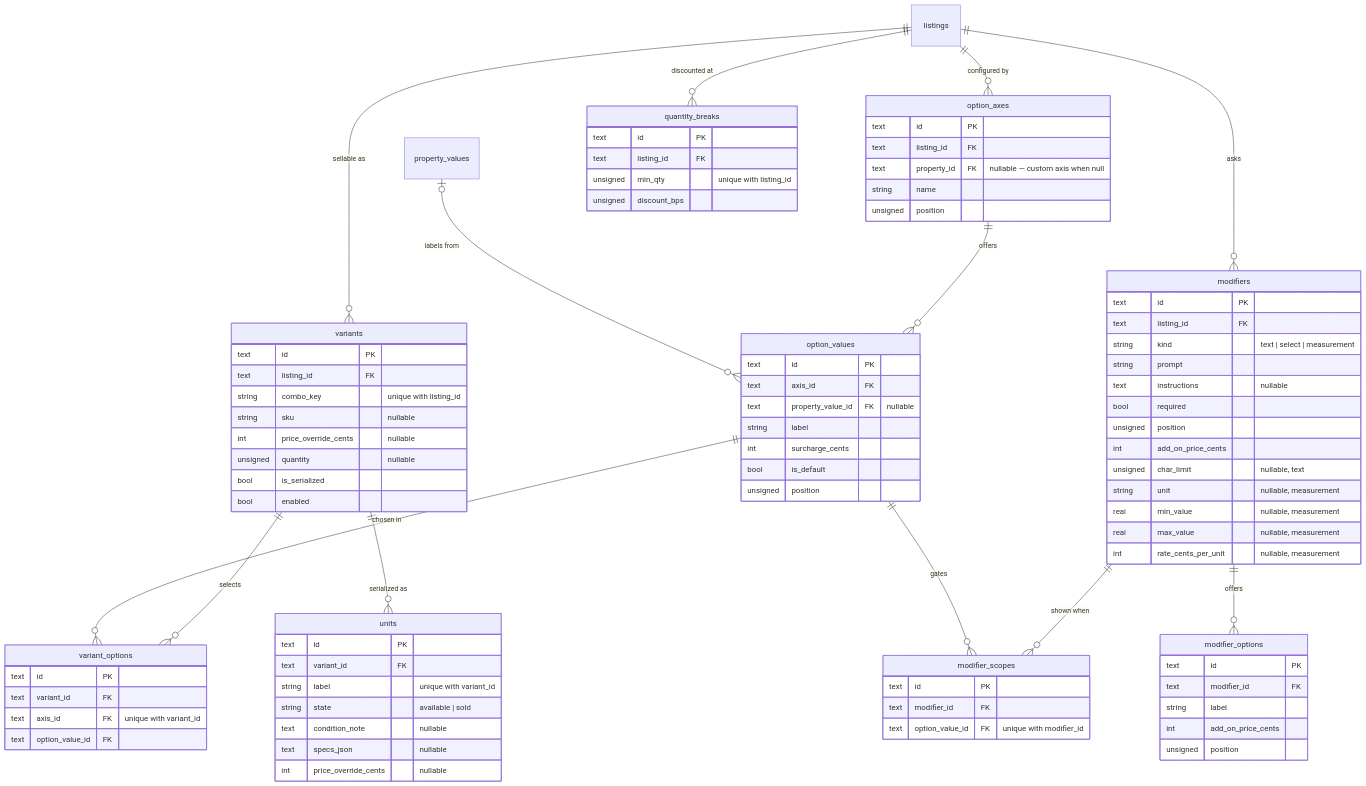
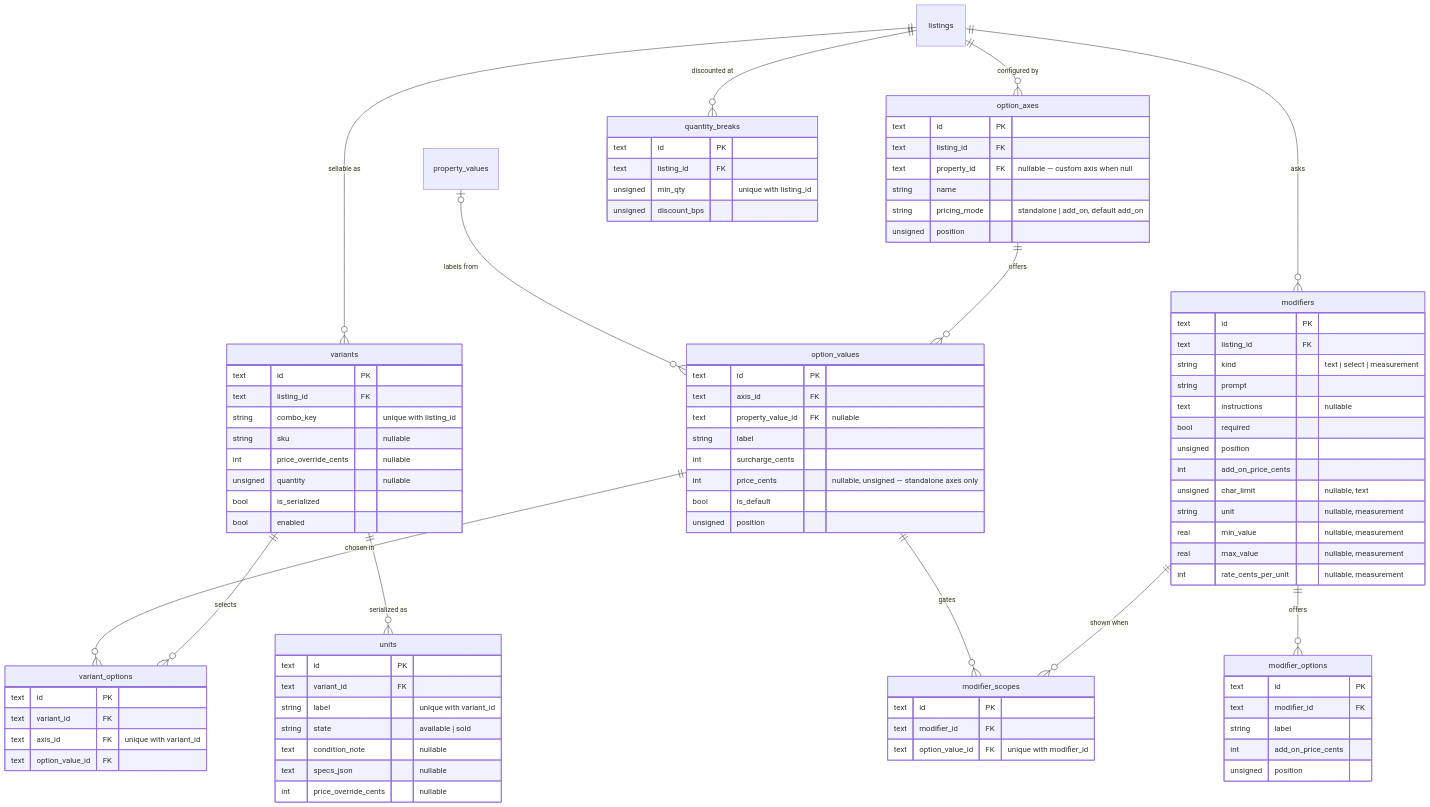
Before and after one commit to jonathan-beebe/art-store: the second of 6 diagrams in prototype/php/docs/item-configurator.md, drawn with Mermaid. The commit also changed other lines of this file and 60 other files, not shown here.

First line of the commit message:
feat[php]: pricing modes — a choice prices its options standalone or as add-ons [DSGN-002]

```diff
--- a/prototype/php/docs/item-configurator.md
+++ b/prototype/php/docs/item-configurator.md
@@ -153,6 +153,7 @@
         text listing_id FK
         text property_id FK "nullable — custom axis when null"
         string name
+        string pricing_mode "standalone | add_on, default add_on"
         unsigned position
     }
     option_values {
@@ -161,6 +162,7 @@
         text property_value_id FK "nullable"
         string label
         int surcharge_cents
+        int price_cents "nullable, unsigned — standalone axes only"
         bool is_default
         unsigned position
     }
```
